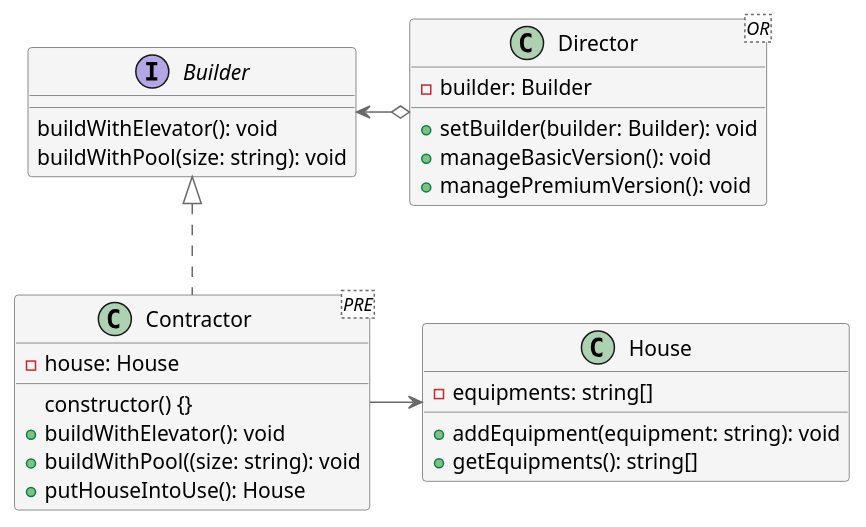
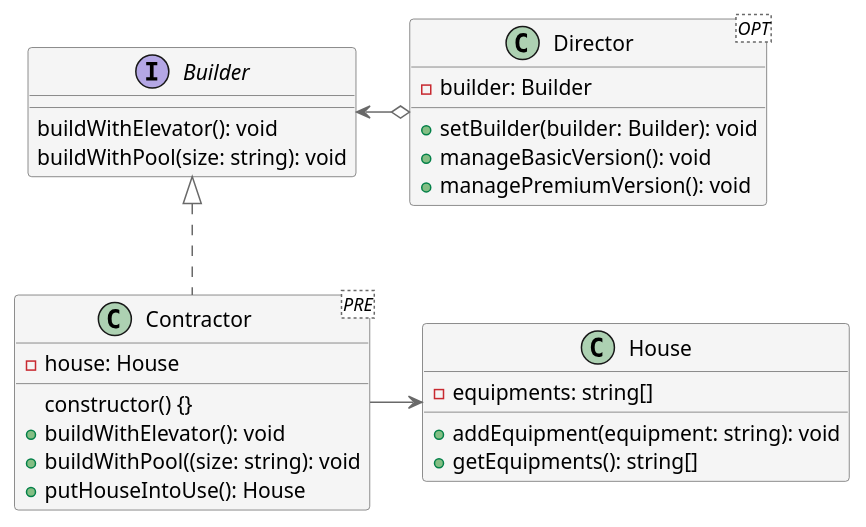
The diagram in src/app/creational/builder/builder.puml (plkpiotr/design-patterns), drawn with PlantUML before and after one commit. The commit also changed 7 other files, not shown here.

```diff
--- a/src/app/creational/builder/builder.puml
+++ b/src/app/creational/builder/builder.puml
@@ -1,39 +1,39 @@
 @startuml
 
 skinparam class {
   backgroundColor whitesmoke
   arrowColor dimgrey
   borderColor dimgrey
 }
 
 interface Builder {
   buildWithElevator(): void
   buildWithPool(size: string): void
 }
 
-class Director <OR> {
+class Director <OPT> {
   - builder: Builder
   + setBuilder(builder: Builder): void
   + manageBasicVersion(): void
   + managePremiumVersion(): void
 }
 
 class Contractor <PRE> {
   - house: House
     constructor() {}
   + buildWithElevator(): void
   + buildWithPool((size: string): void
   + putHouseIntoUse(): House
 }
 
 class House {
   - equipments: string[]
   + addEquipment(equipment: string): void
   + getEquipments(): string[]
 }
 
 Builder <-o Director
 Builder <|.. Contractor
 Contractor -> House
 
 @enduml
```
